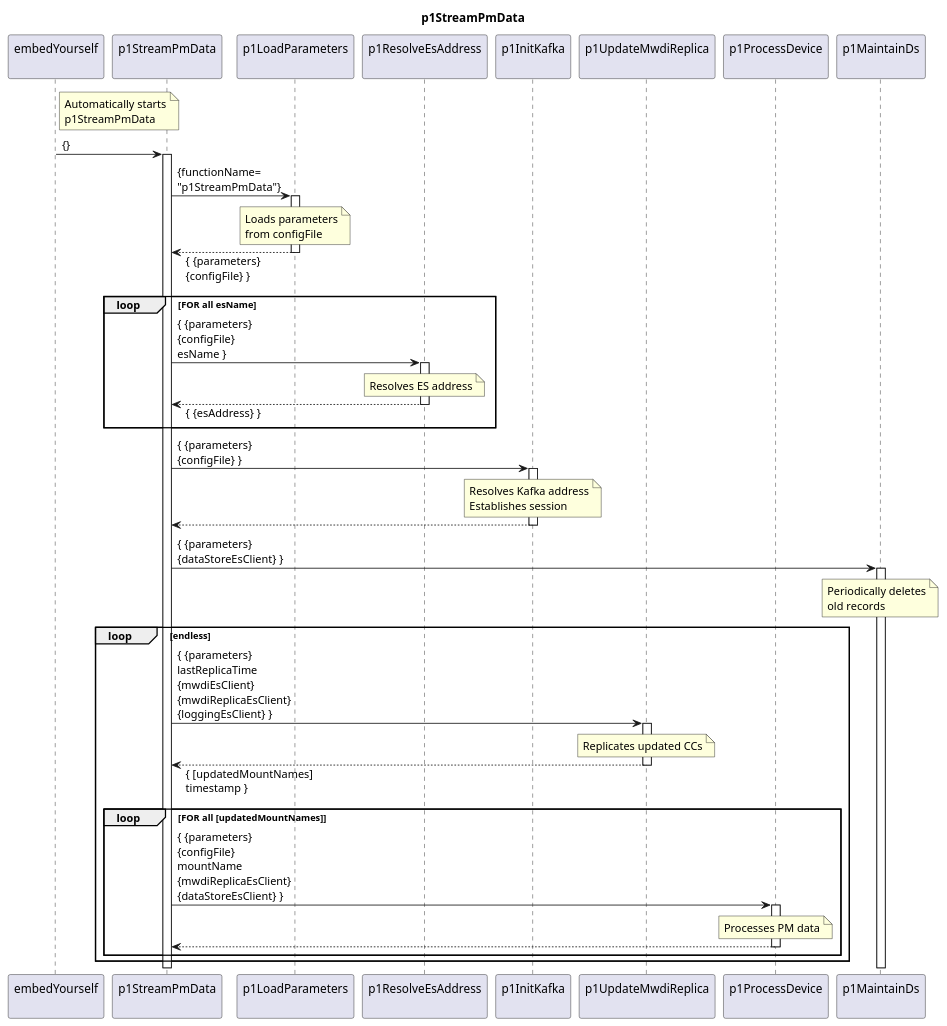
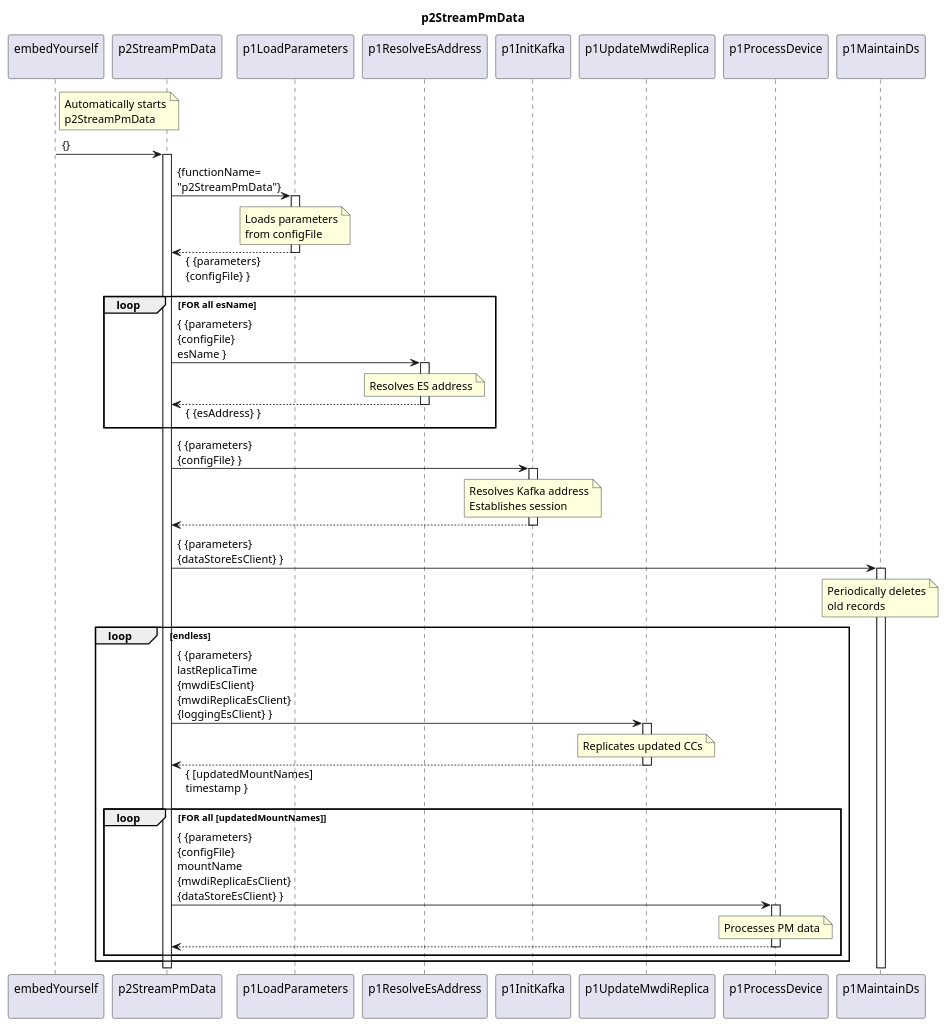
One commit to openBackhaul/DevicePerformanceManagementDataProcessor changed the diagram in spec/Functions/p1StreamPmData/1.0.0/p1StreamPmData.plantuml. Above: the diagram before and after it, drawn with PlantUML. The commit also changed 40 other files, not shown here.

```diff
--- a/spec/Functions/p1StreamPmData/1.0.0/p1StreamPmData.plantuml
+++ b/spec/Functions/p1StreamPmData/1.0.0/p1StreamPmData.plantuml
@@ -1,83 +1,83 @@
-@startuml p1StreamPmData
+@startuml p2StreamPmData
 skinparam responseMessageBelowArrow true
 
 title
-  p1StreamPmData
+  p2StreamPmData
 end title
 
 participant "embedYourself\n" as embed
-participant "p1StreamPmData\n" as p1RMWDI
+participant "p2StreamPmData\n" as p1RMWDI
 participant "p1LoadParameters\n" as p1LP
 participant "p1ResolveEsAddress\n" as p1REA
 participant "p1InitKafka\n" as p1InitKafka
 participant "p1UpdateMwdiReplica\n" as p1UMR
 participant "p1ProcessDevice\n" as p1ProcessPm
 participant "p1MaintainDs\n" as p1MDS
 
 note right embed
   Automatically starts
-  p1StreamPmData
+  p2StreamPmData
 end note
 embed -> p1RMWDI : {}
 activate p1RMWDI
 
-  p1RMWDI -> p1LP : {functionName=\n"p1StreamPmData"}
+  p1RMWDI -> p1LP : {functionName=\n"p2StreamPmData"}
   activate p1LP
     note over p1LP
       Loads parameters
       from configFile
     end note
   p1RMWDI <-- p1LP : { {parameters}\n{configFile} }
   deactivate p1LP
 
   Loop FOR all esName
     p1RMWDI -> p1REA : { {parameters}\n{configFile}\nesName }
     activate p1REA
       note over p1REA
         Resolves ES address
       end note
     p1RMWDI <-- p1REA : { {esAddress} }
     deactivate p1REA
   end Loop
 
     p1RMWDI -> p1InitKafka : { {parameters}\n{configFile} }
     activate p1InitKafka
 
       note over p1InitKafka
         Resolves Kafka address
         Establishes session
       end note
 
     p1RMWDI <-- p1InitKafka
     deactivate p1InitKafka
 
   p1RMWDI -> p1MDS : { {parameters}\n{dataStoreEsClient} }
   activate p1MDS
     note over p1MDS
       Periodically deletes
       old records
     end note
 
   loop endless
 
     p1RMWDI -> p1UMR : { {parameters}\nlastReplicaTime\n{mwdiEsClient}\n{mwdiReplicaEsClient}\n{loggingEsClient} }
     activate p1UMR
       note over p1UMR
         Replicates updated CCs
       end note
     p1RMWDI <-- p1UMR : { [updatedMountNames]\ntimestamp }
     deactivate p1UMR
 
     loop FOR all [updatedMountNames]
       p1RMWDI -> p1ProcessPm : { {parameters}\n{configFile}\nmountName\n{mwdiReplicaEsClient}\n{dataStoreEsClient} }
       activate p1ProcessPm
         note over p1ProcessPm
           Processes PM data
         end note
       p1RMWDI <-- p1ProcessPm
       deactivate p1ProcessPm
     end loop
 
   end loop
 
 @enduml
```
